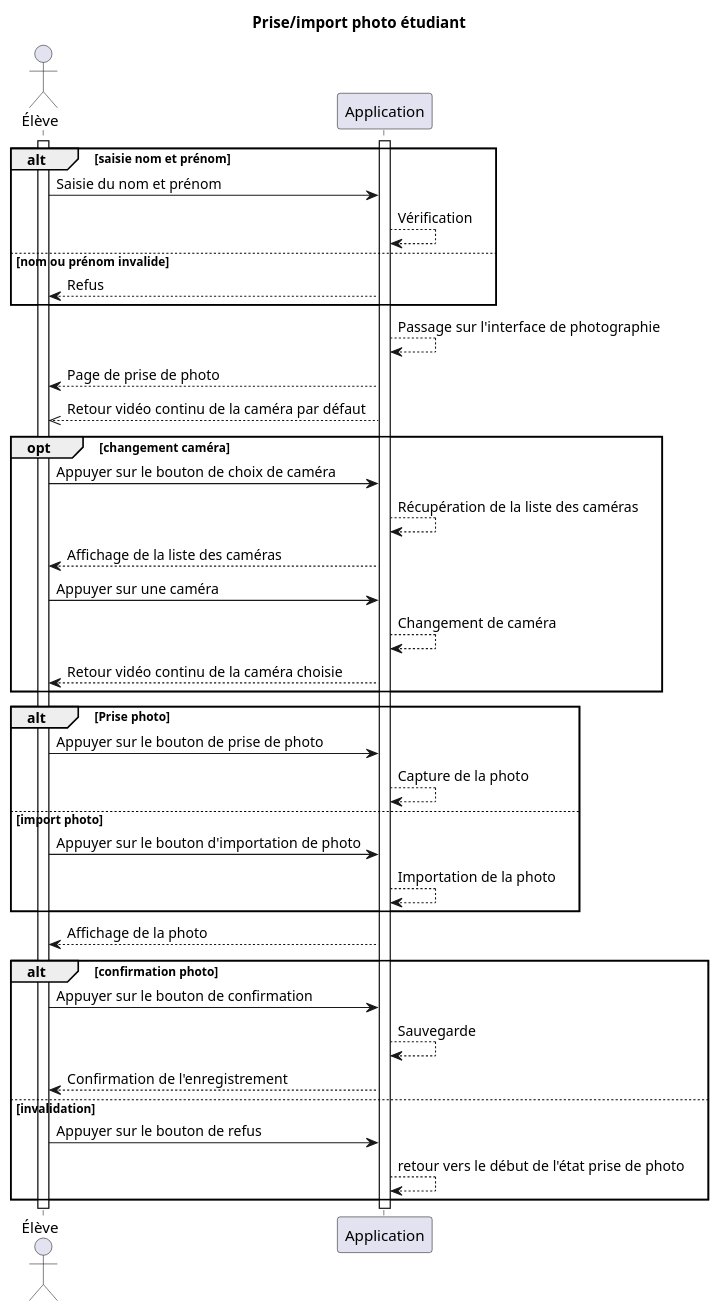
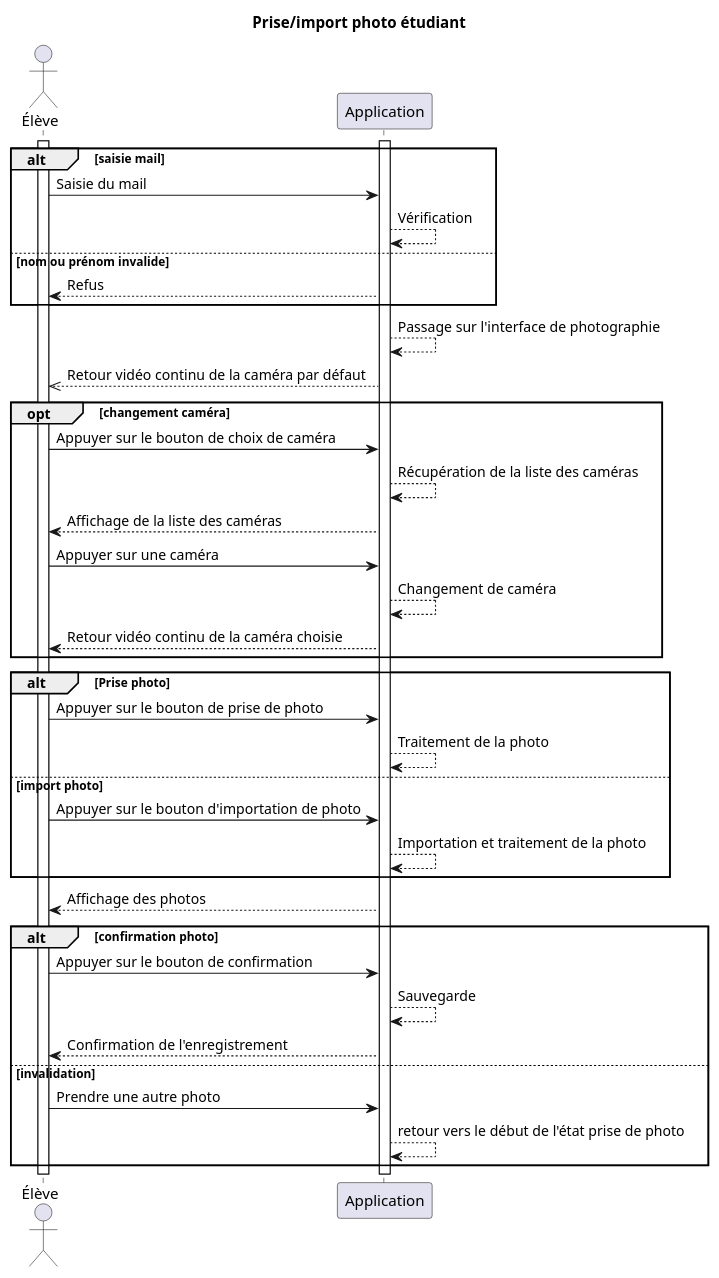
The diagram in Diagrammes/use_cases/use_case_etudiant_prend_photo.wsd (pandadorable/Trombinoscope), drawn with PlantUML before and after one commit. The commit also changed 3 other files, not shown here.

Commit message:
MODIF DIAGRAM

```diff
--- a/Diagrammes/use_cases/use_case_etudiant_prend_photo.wsd
+++ b/Diagrammes/use_cases/use_case_etudiant_prend_photo.wsd
@@ -1,43 +1,42 @@
 @startuml etudiant_prend_photo
 title Prise/import photo étudiant
 actor Élève
 activate Élève
 activate Application
-alt saisie nom et prénom
-     Élève-> Application: Saisie du nom et prénom
+alt saisie mail
+     Élève-> Application: Saisie du mail
      Application--> Application : Vérification
 else nom ou prénom invalide
      Application--> Élève: Refus
 end
 
 Application--> Application : Passage sur l'interface de photographie
-Application--> Élève: Page de prise de photo
 Application-->> Élève: Retour vidéo continu de la caméra par défaut
 
 opt changement caméra
      Élève-> Application: Appuyer sur le bouton de choix de caméra
      Application--> Application : Récupération de la liste des caméras
      Application--> Élève: Affichage de la liste des caméras
      Élève-> Application: Appuyer sur une caméra
      Application--> Application : Changement de caméra
      Application--> Élève: Retour vidéo continu de la caméra choisie
 end
 
 alt Prise photo
      Élève-> Application: Appuyer sur le bouton de prise de photo
-     Application--> Application : Capture de la photo
+     Application--> Application : Traitement de la photo
 else import photo
      Élève-> Application: Appuyer sur le bouton d'importation de photo
-     Application--> Application : Importation de la photo
+     Application--> Application : Importation et traitement de la photo
 end
-Application--> Élève: Affichage de la photo
+Application--> Élève: Affichage des photos
 
 alt confirmation photo
      Élève-> Application: Appuyer sur le bouton de confirmation
      Application--> Application : Sauvegarde
      Application--> Élève: Confirmation de l'enregistrement
 else invalidation
-     Élève-> Application: Appuyer sur le bouton de refus
+     Élève-> Application: Prendre une autre photo
      Application--> Application : retour vers le début de l'état prise de photo
 end
 @enduml
```
